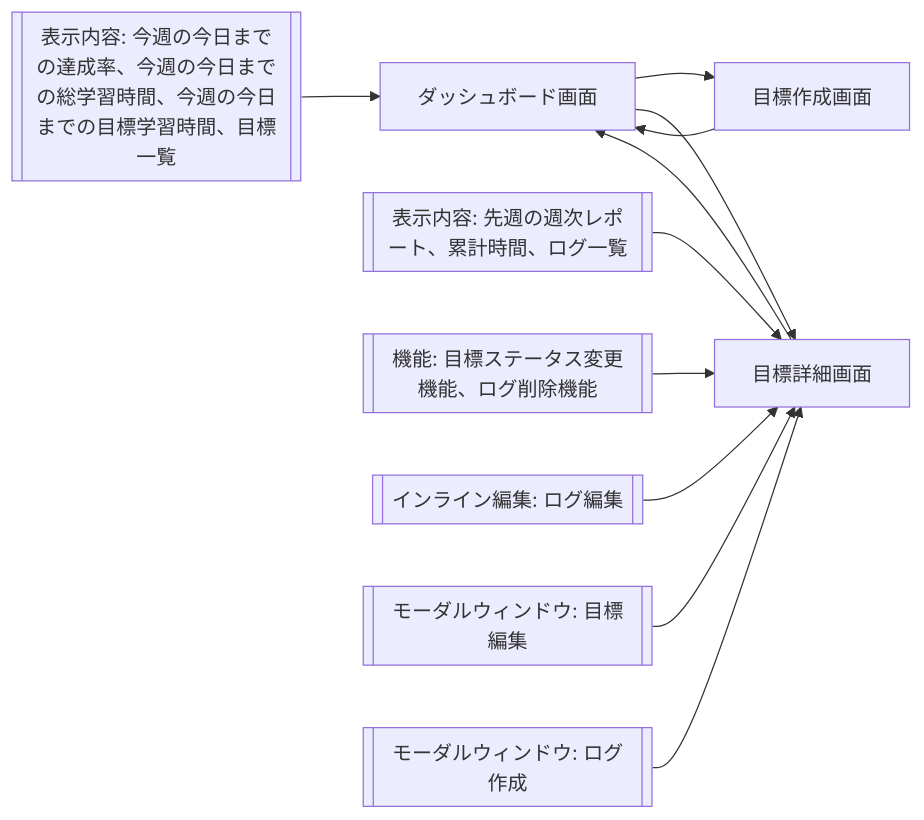
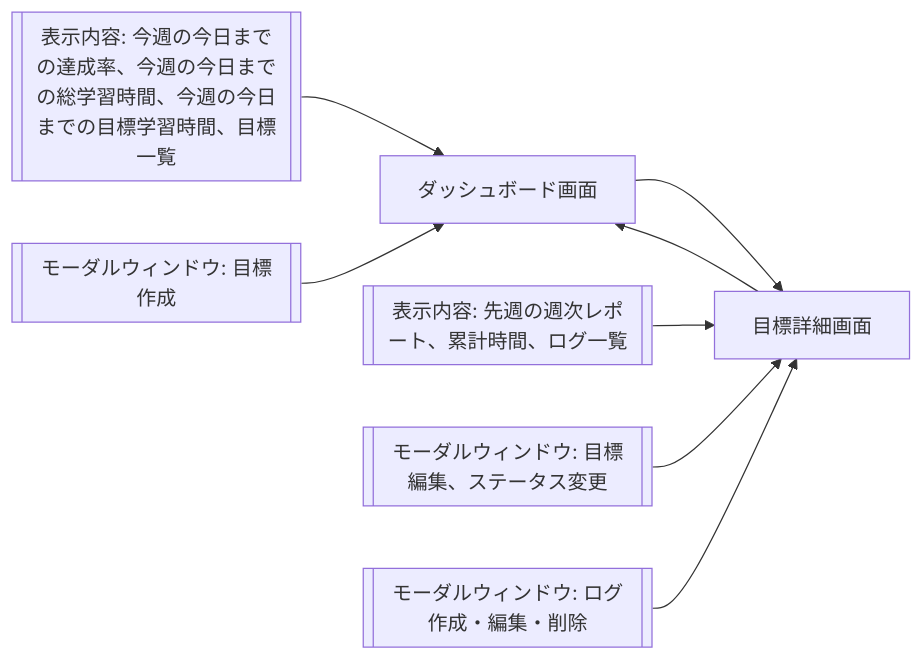
The diagram in README.md (likapantrip/log-lift), drawn with Mermaid before and after one commit. The commit also changed other lines of this file and 4 other files, not shown here.

````diff
--- a/README.md
+++ b/README.md
@@ -41,16 +41,13 @@
 ```mermaid
 graph LR
   %% 画面遷移図
-  A[ダッシュボード画面] --> B[目標作成画面]
+  A[ダッシュボード画面] --> B[目標詳細画面]
   B --> A
-  A --> C[目標詳細画面]
-  C --> A
 
   %% 補足説明
-  D[[表示内容: 今週の今日までの達成率、今週の今日までの総学習時間、今週の今日までの目標学習時間、目標一覧]] --> A
-  E[[表示内容: 先週の週次レポート、累計時間、ログ一覧]] --> C
-  F[[機能: 目標ステータス変更機能、ログ削除機能]] --> C
-  G[[インライン編集: ログ編集]] --> C
-  H[[モーダルウィンドウ: 目標編集]] --> C
-  I[[モーダルウィンドウ: ログ作成]] --> C
+	C[[表示内容: 今週の今日までの達成率、今週の今日までの総学習時間、今週の今日までの目標学習時間、目標一覧]] --> A
+	D[[モーダルウィンドウ: 目標作成]] --> A
+  E[[表示内容: 先週の週次レポート、累計時間、ログ一覧]] --> B
+  F[[モーダルウィンドウ: 目標編集、ステータス変更]] --> B
+  G[[モーダルウィンドウ: ログ作成・編集・削除]] --> B
 ```
````
